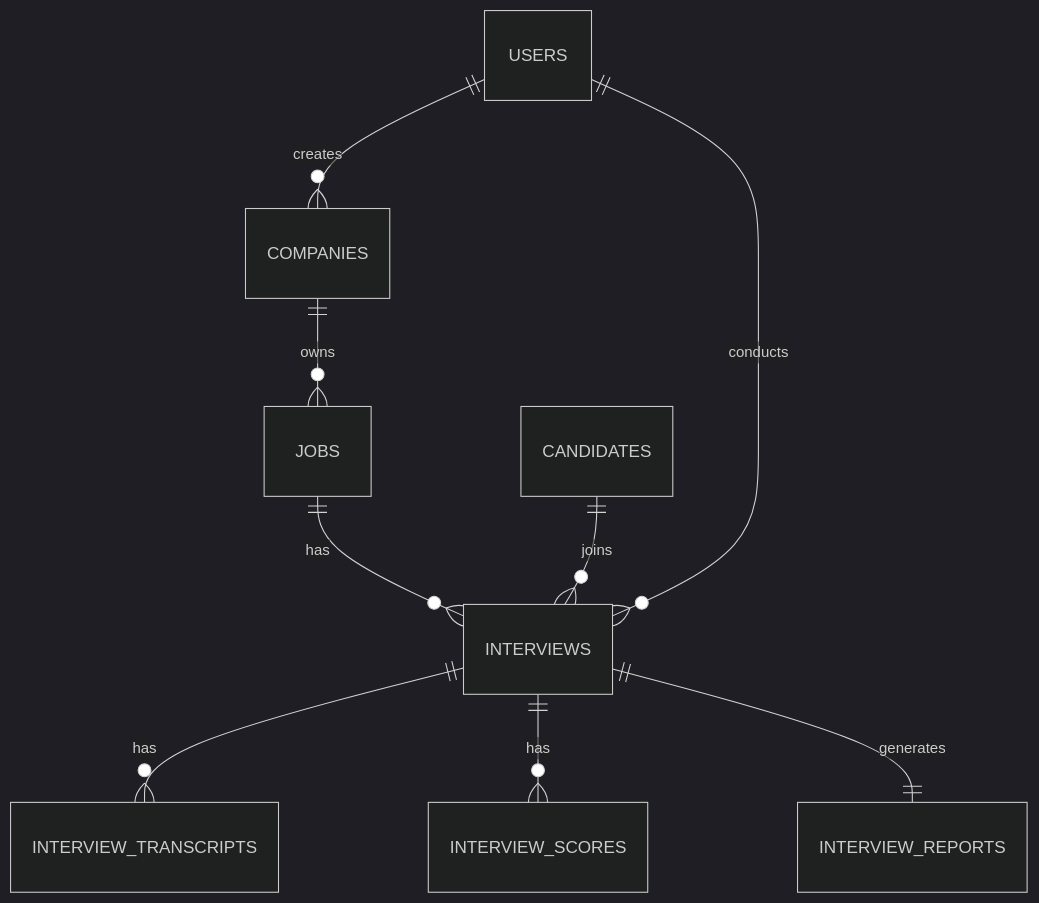
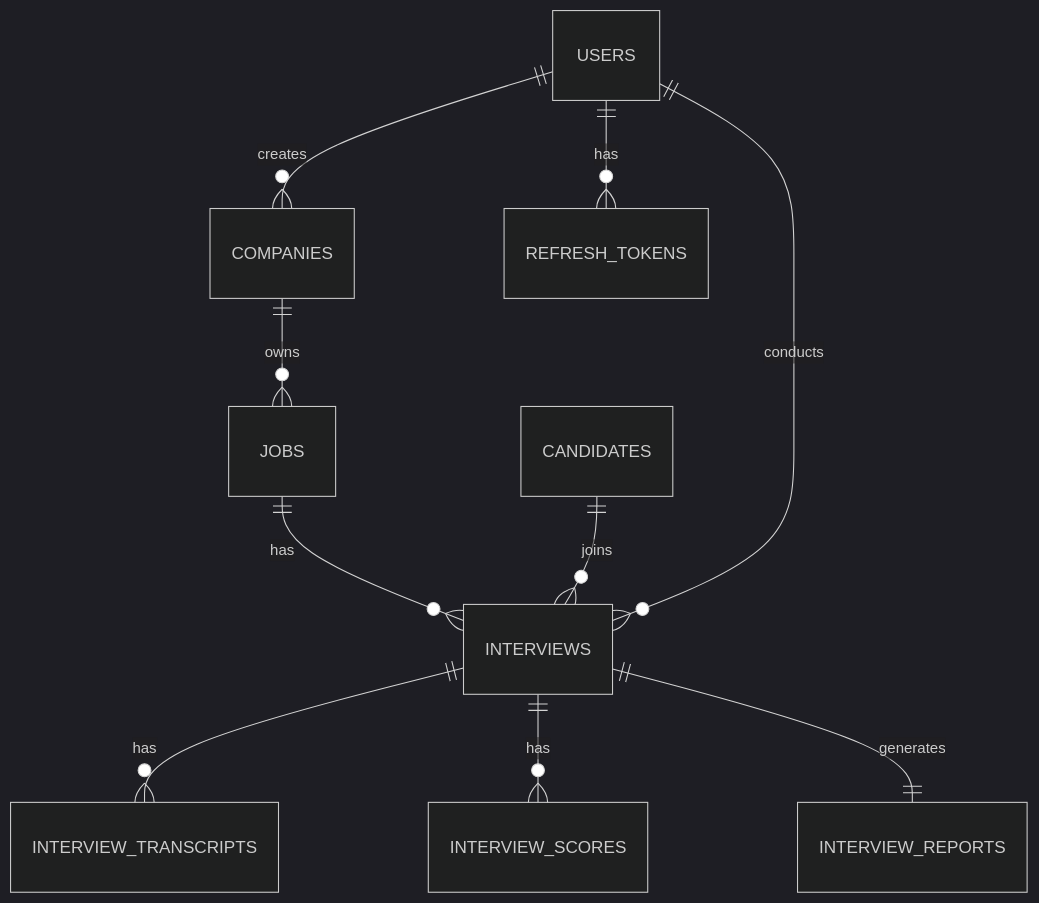
One commit to nguyenhung2203/Cuoc-Thi-AI changed the fifth of 5 diagrams in docs/SYSTEM_ANALYSIS.md. Above: the diagram before and after it, drawn with Mermaid (dark theme). The commit also changed other lines of this file and 18 other files, not shown here.

````diff
--- a/docs/SYSTEM_ANALYSIS.md
+++ b/docs/SYSTEM_ANALYSIS.md
@@ -959,11 +959,12 @@
 ```mermaid
 erDiagram
     USERS ||--o{ COMPANIES : creates
+    USERS ||--o{ REFRESH_TOKENS : has
     COMPANIES ||--o{ JOBS : owns
     JOBS ||--o{ INTERVIEWS : has
     CANDIDATES ||--o{ INTERVIEWS : joins
     USERS ||--o{ INTERVIEWS : conducts
     INTERVIEWS ||--o{ INTERVIEW_TRANSCRIPTS : has
     INTERVIEWS ||--o{ INTERVIEW_SCORES : has
     INTERVIEWS ||--|| INTERVIEW_REPORTS : generates
 ```
````
